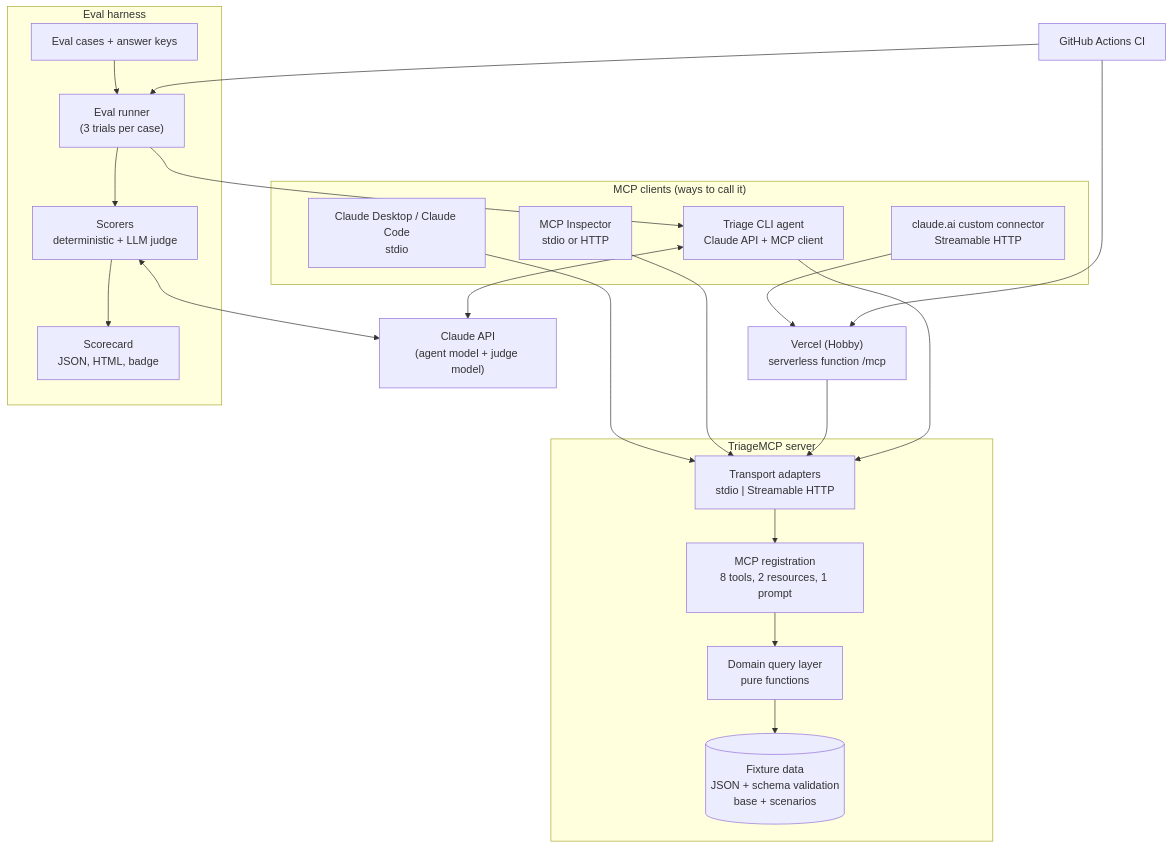
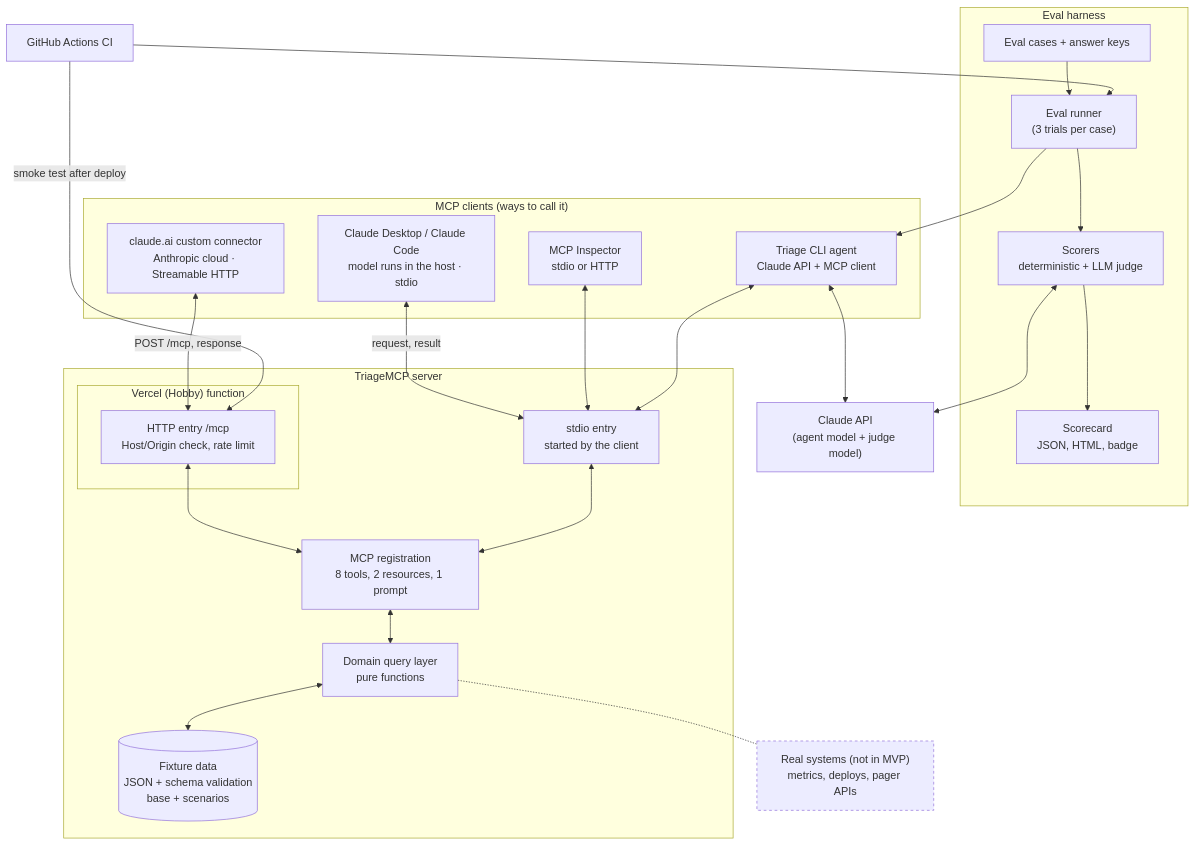
Before and after one commit to bee-squared/triage-mcp: the second of 2 diagrams in docs/specs/triage-mcp-prd.md, drawn with Mermaid. The commit also changed other lines of this file and 1 other file, not shown here.

Commit message:
fix: update architecture diagram and PRD for clarity and accuracy

````diff
--- a/docs/specs/triage-mcp-prd.md
+++ b/docs/specs/triage-mcp-prd.md
@@ -283,41 +283,50 @@
 ```mermaid
 flowchart TB
     subgraph Clients["MCP clients (ways to call it)"]
-        CD["Claude Desktop / Claude Code<br/>stdio"]
-        CAI["claude.ai custom connector<br/>Streamable HTTP"]
+        CD["Claude Desktop / Claude Code<br/>model runs in the host · stdio"]
+        CAI["claude.ai custom connector<br/>Anthropic cloud · Streamable HTTP"]
         INS["MCP Inspector<br/>stdio or HTTP"]
         CLI["Triage CLI agent<br/>Claude API + MCP client"]
     end
 
     subgraph Evals["Eval harness"]
         EVC["Eval cases + answer keys"]
         RUN["Eval runner<br/>(3 trials per case)"]
         SCO["Scorers<br/>deterministic + LLM judge"]
         REP["Scorecard<br/>JSON, HTML, badge"]
     end
 
     subgraph Server["TriageMCP server"]
-        TR["Transport adapters<br/>stdio | Streamable HTTP"]
+        subgraph HOST["Vercel (Hobby) function"]
+            HTTP["HTTP entry /mcp<br/>Host/Origin check, rate limit"]
+        end
+        STDIO["stdio entry<br/>started by the client"]
         REG["MCP registration<br/>8 tools, 2 resources, 1 prompt"]
         DOM["Domain query layer<br/>pure functions"]
         FIX[("Fixture data<br/>JSON + schema validation<br/>base + scenarios")]
     end
 
+    REAL["Real systems (not in MVP)<br/>metrics, deploys, pager APIs"]
     ANTH["Claude API<br/>(agent model + judge model)"]
     GHA["GitHub Actions CI"]
-    HOST["Vercel (Hobby)<br/>serverless function /mcp"]
 
-    CD --> TR
-    INS --> TR
-    CAI --> HOST --> TR
-    CLI --> TR
+    CAI <-->|"POST /mcp, response"| HTTP
+    CD <-->|"request, result"| STDIO
+    INS <--> STDIO
+    CLI <--> STDIO
     CLI <--> ANTH
-    TR --> REG --> DOM --> FIX
+    HTTP <--> REG
+    STDIO <--> REG
+    REG <--> DOM <--> FIX
+    DOM -.- REAL
 
     EVC --> RUN --> CLI
     RUN --> SCO
     SCO <--> ANTH
     SCO --> REP
     GHA --> RUN
-    GHA --> HOST
+    GHA -->|"smoke test after deploy"| HTTP
+
+    classDef ghost stroke-dasharray: 4 4
+    class REAL ghost
 ```
````
